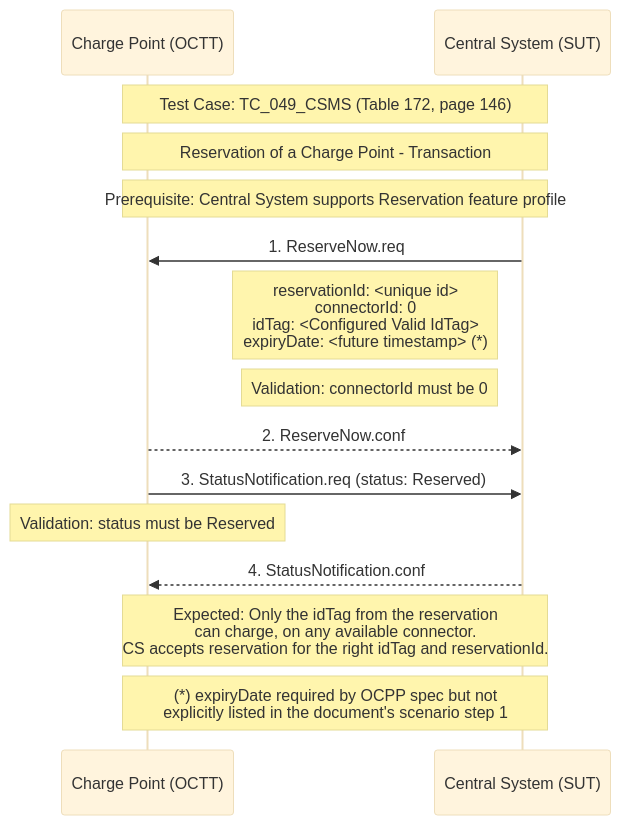
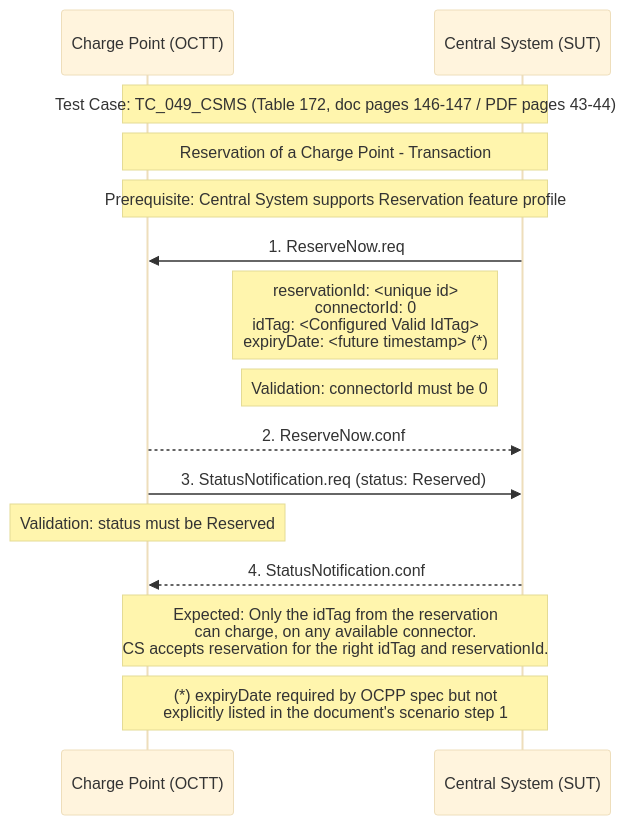
One commit to tzi-app/tzi-OCTT changed the diagram in 1.6/test_tc_049_csms.mermaid. Above: the diagram before and after it, drawn with Mermaid (base theme). The commit also changed 173 other files, not shown here.

```diff
--- a/1.6/test_tc_049_csms.mermaid
+++ b/1.6/test_tc_049_csms.mermaid
@@ -1,20 +1,20 @@
 sequenceDiagram
     participant CP as Charge Point (OCTT)
     participant CS as Central System (SUT)
 
-    Note over CP,CS: Test Case: TC_049_CSMS (Table 172, page 146)
+    Note over CP,CS: Test Case: TC_049_CSMS (Table 172, doc pages 146-147 / PDF pages 43-44)
     Note over CP,CS: Reservation of a Charge Point - Transaction
     Note over CP,CS: Prerequisite: Central System supports Reservation feature profile
 
     CS->>CP: 1. ReserveNow.req
     Note left of CS: reservationId: <unique id><br/>connectorId: 0<br/>idTag: <Configured Valid IdTag><br/>expiryDate: <future timestamp> (*)
     Note left of CS: Validation: connectorId must be 0
 
     CP-->>CS: 2. ReserveNow.conf
 
     CP->>CS: 3. StatusNotification.req (status: Reserved)
     Note over CP: Validation: status must be Reserved
     CS-->>CP: 4. StatusNotification.conf
 
     Note over CP,CS: Expected: Only the idTag from the reservation<br/>can charge, on any available connector.<br/>CS accepts reservation for the right idTag and reservationId.
     Note over CP,CS: (*) expiryDate required by OCPP spec but not<br/>explicitly listed in the document's scenario step 1
```
